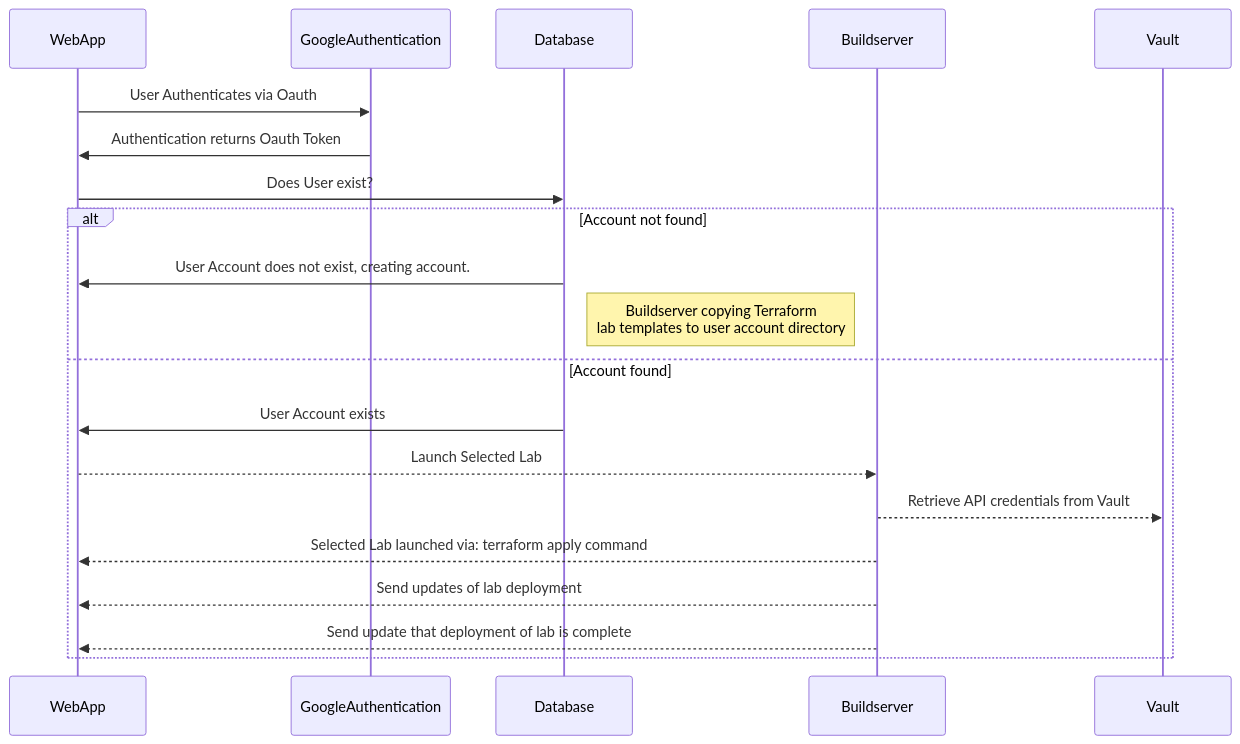
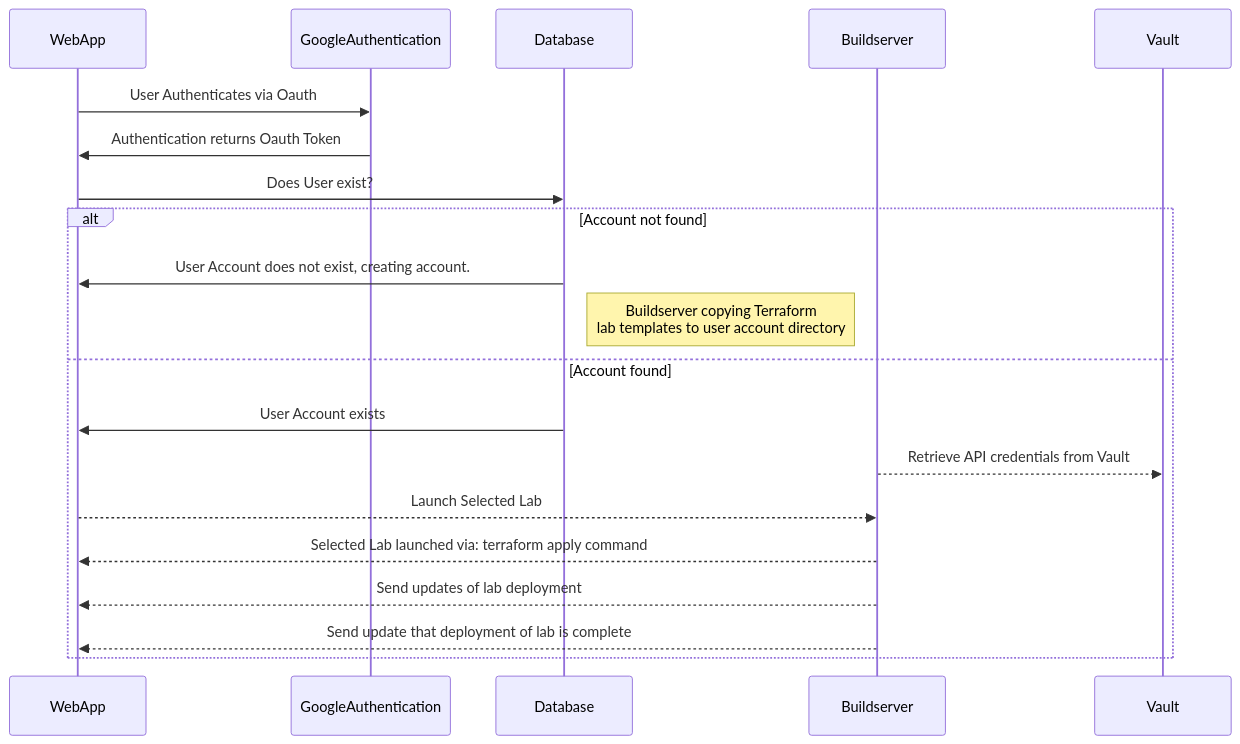
Before and after one commit to illinoistech-itm/CyberRange: the diagram in diagrams/api-flow.md, drawn with Mermaid.

Commit message:
Update order of API credential retrieval

````diff
--- a/diagrams/api-flow.md
+++ b/diagrams/api-flow.md
@@ -29,21 +29,20 @@
 ```mermaid
 sequenceDiagram
     
     WebApp ->> GoogleAuthentication: User Authenticates via Oauth
     GoogleAuthentication ->> WebApp: Authentication returns Oauth Token
     WebApp ->> Database: Does User exist?
     
     alt Account not found
         Database->>WebApp: User Account does not exist, creating account. 
         Note right of Database: Buildserver copying Terraform <br /> lab templates to user account directory
     else Account found
         Database->>WebApp: User Account exists
-     
+        Buildserver-->>Vault: Retrieve API credentials from Vault     
         WebApp-->>Buildserver: Launch Selected Lab
-        Buildserver-->>Vault: Retrieve API credentials from Vault
         Buildserver-->>WebApp: Selected Lab launched via: terraform apply command
         Buildserver-->>WebApp: Send updates of lab deployment
         Buildserver-->>WebApp: Send update that deployment of lab is complete
 
 end
 ```
````
